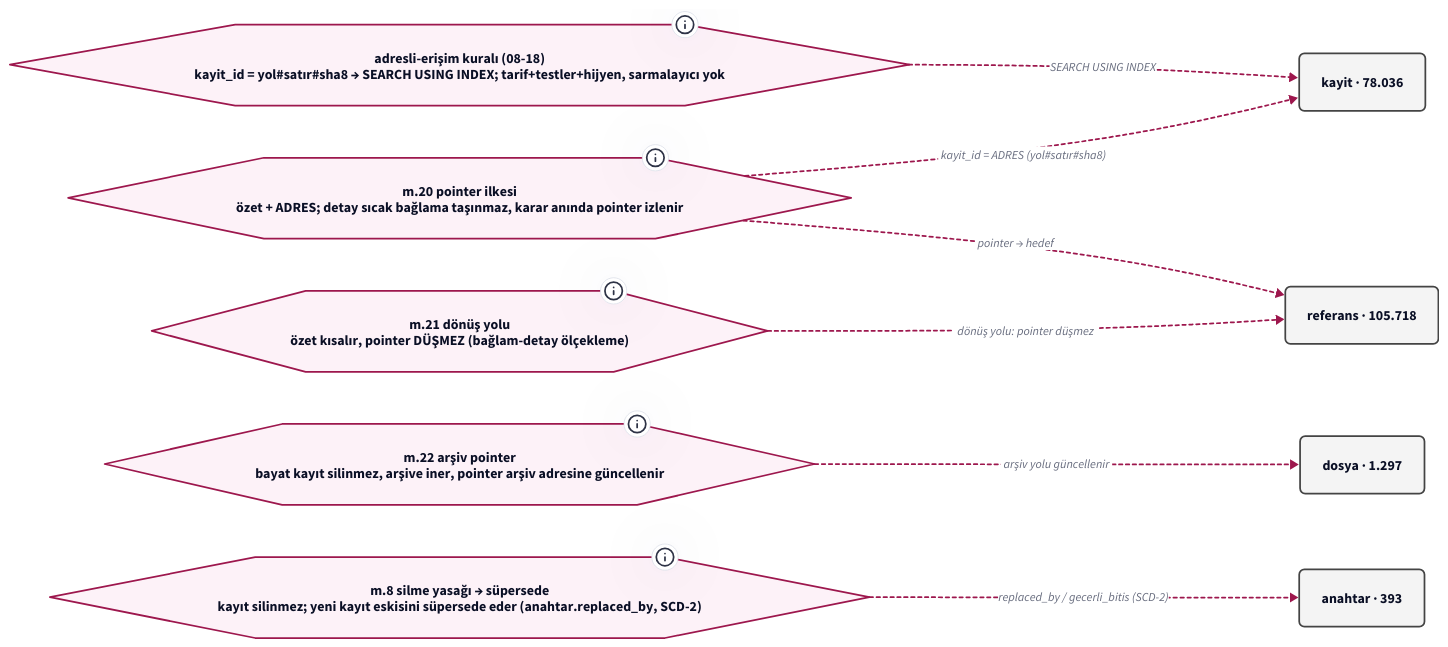
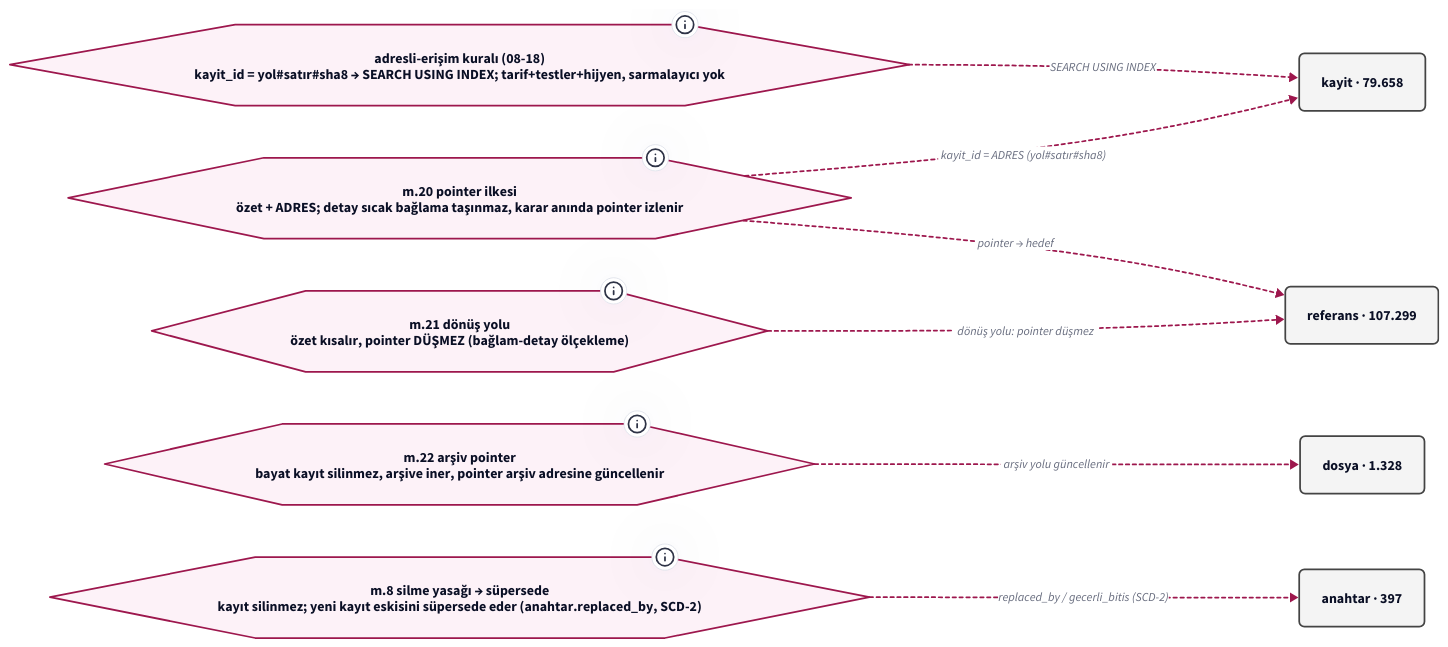
Before and after one commit to salihsahinin/sistem: the diagram in jarvis/graf/pointer-sistemi-v0-ilke.d2, drawn with D2. The commit also changed 71 other files, not shown here.

```diff
--- a/jarvis/graf/pointer-sistemi-v0-ilke.d2
+++ b/jarvis/graf/pointer-sistemi-v0-ilke.d2
@@ -1,33 +1,33 @@
 # Jarvis POINTER SİSTEMİ — POINTER İLKESİ → MEKANİZMA (pano 3/4) (türetilmiş görünüm; ham kaynak silver/bronz)
-# üretici: tools/pointer-graf.py · silver a0a950f · HEAD a0a950f · d2 v0.9.0 · render: d2 --layout=elk (ELK bundled; TALA girmez; determinizm yerel sha256 ile ölçülür — Karar 65)
+# üretici: tools/pointer-graf.py · silver 768620f · HEAD 768620f · d2 v0.9.0 · render: d2 --layout=elk (ELK bundled; TALA girmez; determinizm yerel sha256 ile ölçülür — Karar 65)
 # içerik katmanı: düğüm/kenar = silver'dan script türetimi (LLM yazmaz); ilke/kronoloji = kanon SABİTİ (pointer'lı, script içinde); yorum katmanı = bu # satırları
 direction: right
 classes: {
   kutu: { style: { fill: "#F4F4F4"; stroke: "#444444"; font-size: 16; border-radius: 6 } }
   pointer: { style: { fill: "#E8F0FE"; stroke: "#1A56DB"; border-radius: 6 } }
   anahtar: { style: { fill: "#FFF4E5"; stroke: "#B45309"; border-radius: 6 } }
   hat: { style: { fill: "#ECFDF5"; stroke: "#047857"; bold: true; border-radius: 6 } }
   ilke: { shape: hexagon; style: { fill: "#FDF2F8"; stroke: "#9D174D" } }
   kron: { shape: page; style: { fill: "#FFFFFF"; stroke: "#6B7280" } }
   dis: { shape: cloud; style: { fill: "#FAFAFA"; stroke: "#9CA3AF" } }
   kirik: { style: { stroke: "#DC2626"; stroke-dash: 3; font-size: 14 } }
   supersede: { style: { stroke: "#B45309"; stroke-dash: 5 } }
   fk: { style: { stroke: "#444444"; font-size: 14 } }
   turetir: { style: { stroke: "#047857"; stroke-width: 3 } }
   uygular: { style: { stroke: "#9D174D"; stroke-dash: 2; font-size: 14 } }
 }
 adres: "adresli-erişim kuralı (08-18)\nkayit_id = yol#satır#sha8 → SEARCH USING INDEX; tarif+testler+hijyen, sarmalayıcı yok" { class: ilke; tooltip: "KILAVUZ.md tasarım-ilkeleri · kuyruk/senaryo-defteri.md Karar 62" }
 m20: "m.20 pointer ilkesi\nözet + ADRES; detay sıcak bağlama taşınmaz, karar anında pointer izlenir" { class: ilke; tooltip: "core/tuzuk-v0.md m.20 · wiki/pointer-sistemi.md" }
 m21: "m.21 dönüş yolu\nözet kısalır, pointer DÜŞMEZ (bağlam-detay ölçekleme)" { class: ilke; tooltip: "core/tuzuk-v0.md m.21" }
 m22: "m.22 arşiv pointer\nbayat kayıt silinmez, arşive iner, pointer arşiv adresine güncellenir" { class: ilke; tooltip: "core/tuzuk-v0.md m.22" }
 m8: "m.8 silme yasağı → süpersede\nkayıt silinmez; yeni kayıt eskisini süpersede eder (anahtar.replaced_by, SCD-2)" { class: ilke; tooltip: "core/tuzuk-v0.md m.8 · core/baglam-anahtar-kaydi.md §3" }
-kayit: "kayit · 78.036" { class: kutu }
-referans: "referans · 105.718" { class: kutu }
-dosya: "dosya · 1.297" { class: kutu }
-anahtar: "anahtar · 393" { class: kutu }
+kayit: "kayit · 79.658" { class: kutu }
+referans: "referans · 107.299" { class: kutu }
+dosya: "dosya · 1.328" { class: kutu }
+anahtar: "anahtar · 397" { class: kutu }
 adres -> kayit: "SEARCH USING INDEX" { class: uygular }
 m20 -> kayit: "kayit_id = ADRES (yol#satır#sha8)" { class: uygular }
 m20 -> referans: "pointer → hedef" { class: uygular }
 m21 -> referans: "dönüş yolu: pointer düşmez" { class: uygular }
 m22 -> dosya: "arşiv yolu güncellenir" { class: uygular }
 m8 -> anahtar: "replaced_by / gecerli_bitis (SCD-2)" { class: uygular }
```
